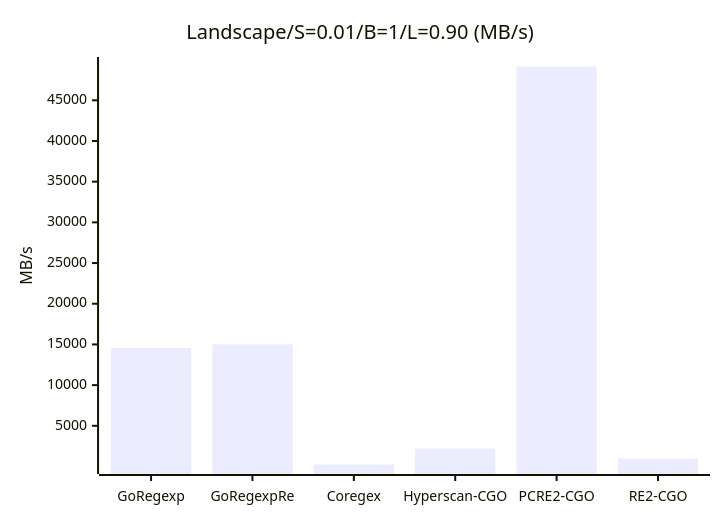
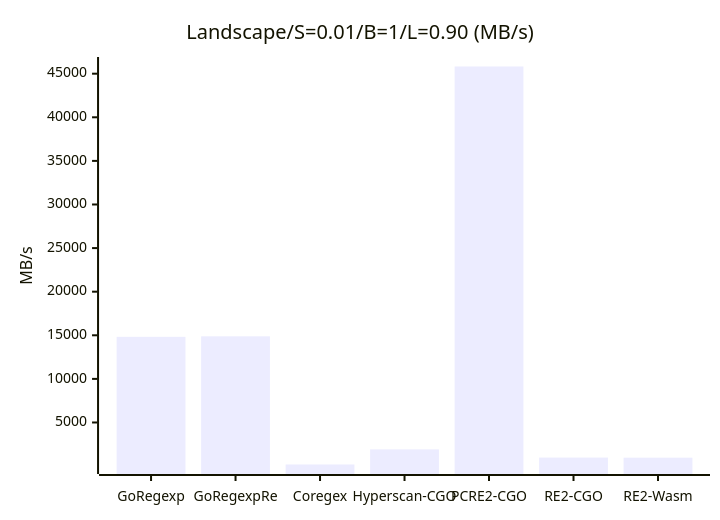
The ninth of 47 diagrams in _benchmark_results/cgo_engines.md (kamichidu/go-regexp-re), drawn with Mermaid before and after one commit. The commit also changed other lines of this file and 1 other file, not shown here.

````diff
--- a/_benchmark_results/cgo_engines.md
+++ b/_benchmark_results/cgo_engines.md
@@ -178,7 +178,7 @@
 ```mermaid
 xychart-beta
     title "Landscape/S=0.01/B=1/L=0.90 (MB/s)"
-    x-axis ["GoRegexp", "GoRegexpRe", "Coregex", "Hyperscan-CGO", "PCRE2-CGO", "RE2-CGO"]
+    x-axis ["GoRegexp", "GoRegexpRe", "Coregex", "Hyperscan-CGO", "PCRE2-CGO", "RE2-CGO", "RE2-Wasm"]
     y-axis "MB/s"
-    bar [14581.16, 15008.77, 246.72, 2205.77, 49150.75, 986.21]
+    bar [14824.26, 14879.30, 181.68, 1916.40, 45824.62, 977.73, 963.50]
 ```
````
